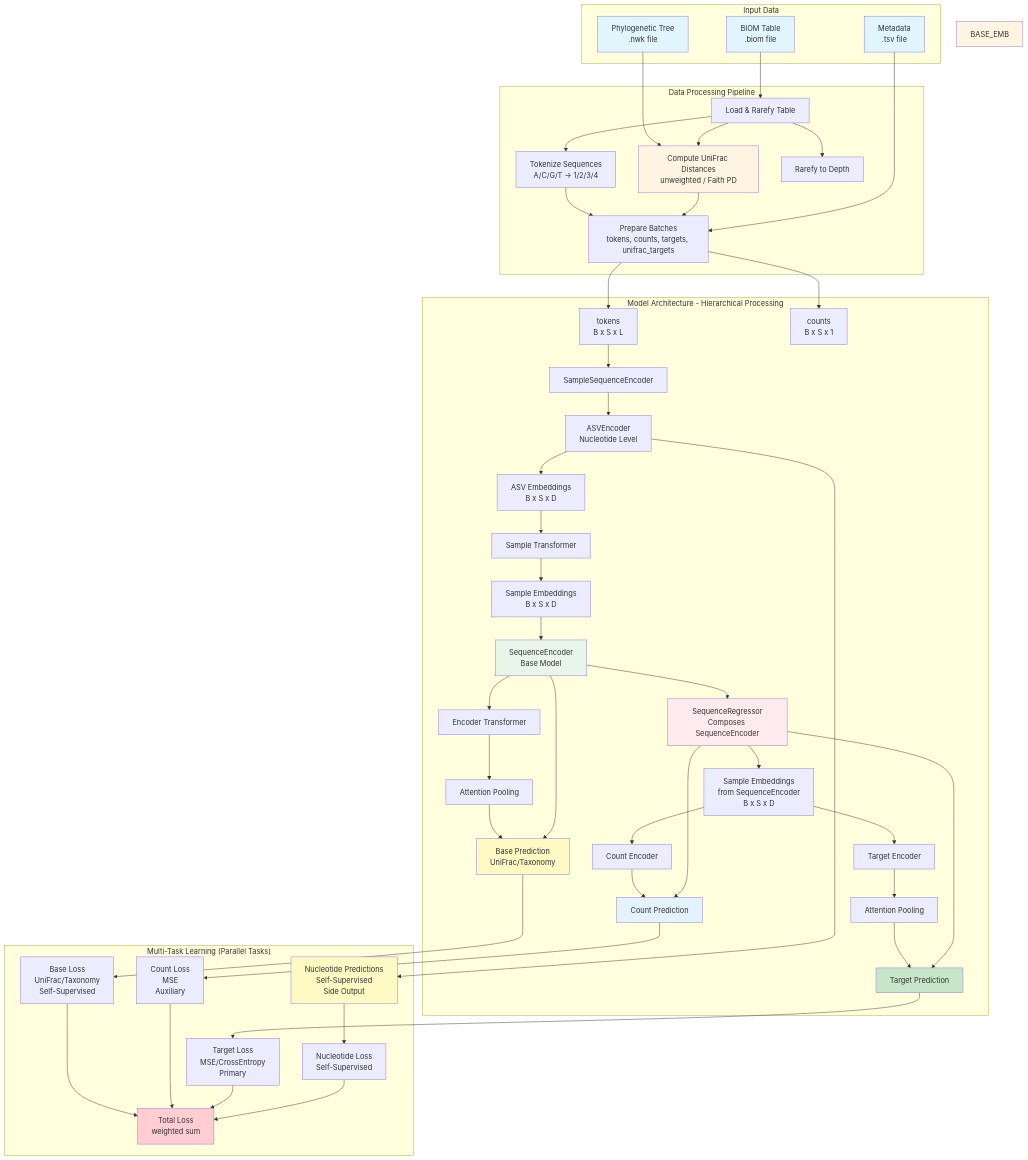
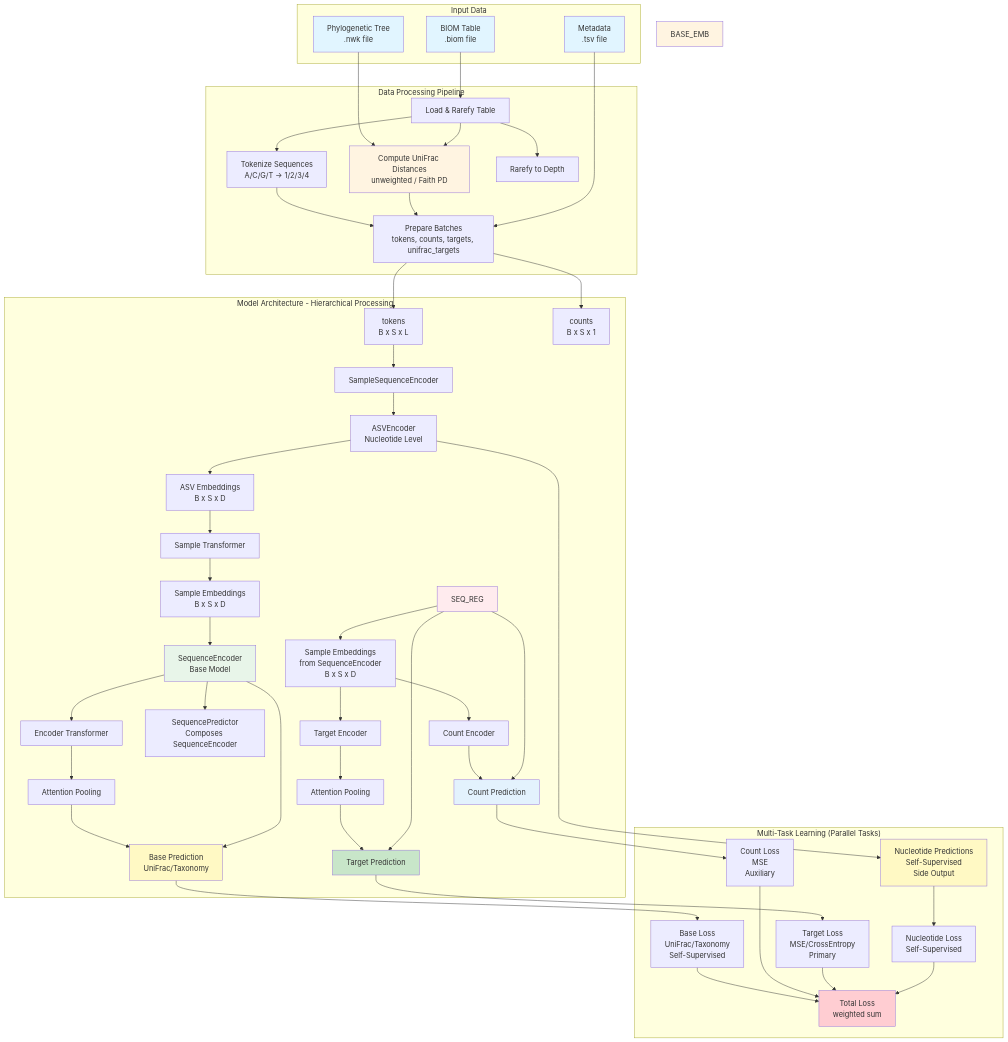
One commit to jbk708/aam changed the diagram in pytorch_porting_plan/00_overview.md. Above: the diagram before and after it, drawn with Mermaid. The commit also changed other lines of this file and 8 other files, not shown here.

First line of the commit message:
Rename SequenceRegressor to SequencePredictor

````diff
--- a/pytorch_porting_plan/00_overview.md
+++ b/pytorch_porting_plan/00_overview.md
@@ -14,74 +14,74 @@
 ```mermaid
 graph TB
     subgraph "Input Data"
         BIOM[BIOM Table<br/>.biom file]
         PHYLO[Phylogenetic Tree<br/>.nwk file]
         META[Metadata<br/>.tsv file]
     end
     
     subgraph "Data Processing Pipeline"
         BIOM --> LOAD[Load & Rarefy Table]
         PHYLO --> UNIFRAC[Compute UniFrac Distances<br/>unweighted / Faith PD]
         LOAD --> UNIFRAC
         LOAD --> TOKENIZE[Tokenize Sequences<br/>A/C/G/T → 1/2/3/4]
         LOAD --> RAREFY[Rarefy to Depth]
         TOKENIZE --> PREPARE[Prepare Batches<br/>tokens, counts, targets, unifrac_targets]
         UNIFRAC --> PREPARE
         META --> PREPARE
     end
     
     subgraph "Model Architecture - Hierarchical Processing"
         PREPARE --> TOKENS[tokens<br/>B x S x L]
         PREPARE --> COUNTS[counts<br/>B x S x 1]
         
         TOKENS --> SAMPLE[SampleSequenceEncoder]
         SAMPLE --> ASV_ENC[ASVEncoder<br/>Nucleotide Level]
         ASV_ENC --> ASV_EMB[ASV Embeddings<br/>B x S x D]
         ASV_EMB --> SAMPLE_TRANS[Sample Transformer]
         SAMPLE_TRANS --> SAMPLE_EMB[Sample Embeddings<br/>B x S x D]
         
         SAMPLE_EMB --> SEQ_ENC[SequenceEncoder<br/>Base Model]
         SEQ_ENC --> ENC_TRANS[Encoder Transformer]
         ENC_TRANS --> ENC_POOL[Attention Pooling]
         ENC_POOL --> BASE_PRED[Base Prediction<br/>UniFrac/Taxonomy]
         
-        SEQ_ENC --> SEQ_REG[SequenceRegressor<br/>Composes SequenceEncoder]
+        SEQ_ENC --> SEQ_PRED[SequencePredictor<br/>Composes SequenceEncoder]
         SEQ_REG --> SAMPLE_EMB_REG[Sample Embeddings<br/>from SequenceEncoder<br/>B x S x D]
         SAMPLE_EMB_REG --> COUNT_ENC[Count Encoder]
         SAMPLE_EMB_REG --> TARGET_ENC[Target Encoder]
         COUNT_ENC --> COUNT_PRED[Count Prediction]
         TARGET_ENC --> TARGET_POOL[Attention Pooling]
         TARGET_POOL --> TARGET_PRED[Target Prediction]
     end
     
     subgraph "Multi-Task Learning (Parallel Tasks)"
         SEQ_ENC --> BASE_PRED
         SEQ_REG --> COUNT_PRED
         SEQ_REG --> TARGET_PRED
         ASV_ENC --> NUC_PRED[Nucleotide Predictions<br/>Self-Supervised<br/>Side Output]
         
         BASE_PRED --> LOSS1[Base Loss<br/>UniFrac/Taxonomy<br/>Self-Supervised]
         COUNT_PRED --> LOSS2[Count Loss<br/>MSE<br/>Auxiliary]
         TARGET_PRED --> LOSS3[Target Loss<br/>MSE/CrossEntropy<br/>Primary]
         NUC_PRED --> LOSS4[Nucleotide Loss<br/>Self-Supervised]
         
         LOSS1 --> TOTAL[Total Loss<br/>weighted sum]
         LOSS2 --> TOTAL
         LOSS3 --> TOTAL
         LOSS4 --> TOTAL
         
         style BASE_PRED fill:#fff9c4
         style NUC_PRED fill:#fff9c4
         style COUNT_PRED fill:#e3f2fd
         style TARGET_PRED fill:#c8e6c9
     end
     
     style BIOM fill:#e1f5ff
     style PHYLO fill:#e1f5ff
     style META fill:#e1f5ff
     style UNIFRAC fill:#fff4e1
     style BASE_EMB fill:#fff4e1
     style SEQ_ENC fill:#e8f5e9
     style SEQ_REG fill:#ffebee
     style TOTAL fill:#ffcdd2
 ```
````
